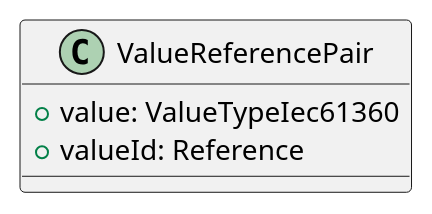
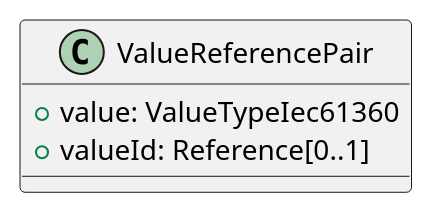
The diagram in documentation/IDTA-01003-a/modules/ROOT/partials/diagrams/classes/value-reference-pair.puml (admin-shell-io/aas-specs-iec61360), drawn with PlantUML before and after one commit.

Commit message:
part of #28 optional valueId

```diff
--- a/documentation/IDTA-01003-a/modules/ROOT/partials/diagrams/classes/value-reference-pair.puml
+++ b/documentation/IDTA-01003-a/modules/ROOT/partials/diagrams/classes/value-reference-pair.puml
@@ -1,6 +1,6 @@
 @startuml
 class ValueReferencePair {
   +value: ValueTypeIec61360
-  +valueId: Reference
+  +valueId: Reference[0..1]
 }
 @enduml
```
